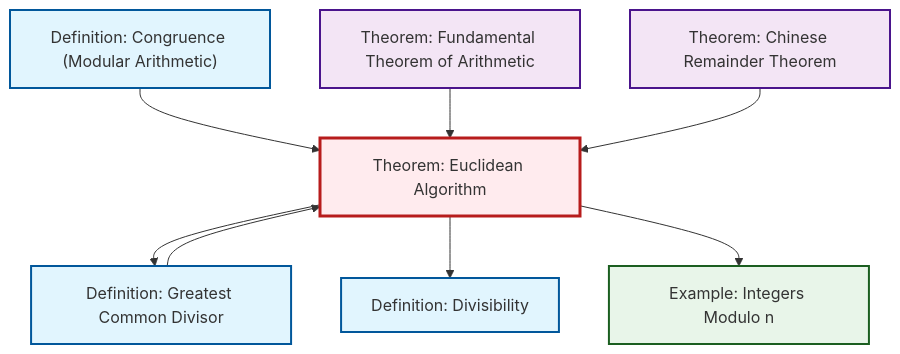
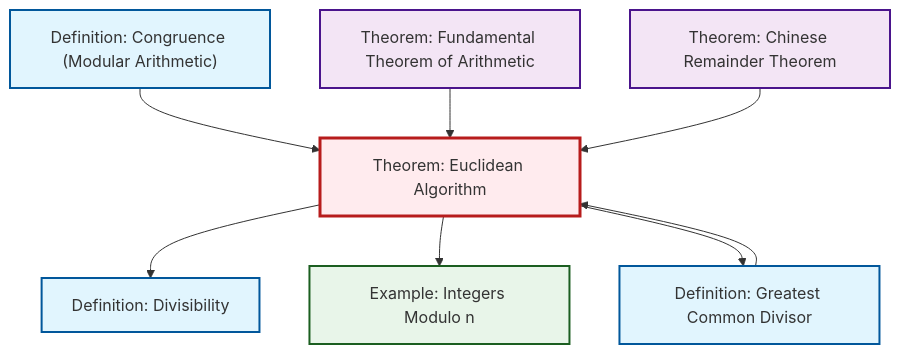
Before and after one commit to RK0429/ModernMath: the second of 2 diagrams in content/en/number-theory/thm-euclidean-algorithm.qmd, drawn with Mermaid. The commit also changed other lines of this file and 328 other files, not shown here.

````diff
--- a/content/en/number-theory/thm-euclidean-algorithm.qmd
+++ b/content/en/number-theory/thm-euclidean-algorithm.qmd
@@ -95,30 +95,30 @@
 ```{mermaid}
 %%| fig-cap: "Local dependency graph"
 graph TD
     classDef definition fill:#e1f5fe,stroke:#01579b,stroke-width:2px
     classDef theorem fill:#f3e5f5,stroke:#4a148c,stroke-width:2px
     classDef axiom fill:#fff3e0,stroke:#e65100,stroke-width:2px
     classDef example fill:#e8f5e9,stroke:#1b5e20,stroke-width:2px
     classDef current fill:#ffebee,stroke:#b71c1c,stroke-width:3px
+    thm-fundamental-arithmetic["Theorem: Fundamental Theorem of Arithmetic"]:::theorem
+    thm-chinese-remainder["Theorem: Chinese Remainder Theorem"]:::theorem
+    ex-quotient-integers-mod-n["Example: Integers Modulo n"]:::example
     thm-euclidean-algorithm["Theorem: Euclidean Algorithm"]:::theorem
-    thm-fundamental-arithmetic["Theorem: Fundamental Theorem of Arithmetic"]:::theorem
-    ex-quotient-integers-mod-n["Example: Integers Modulo n"]:::example
+    def-divisibility["Definition: Divisibility"]:::definition
     def-congruence["Definition: Congruence (Modular Arithmetic)"]:::definition
     def-gcd["Definition: Greatest Common Divisor"]:::definition
-    thm-chinese-remainder["Theorem: Chinese Remainder Theorem"]:::theorem
-    def-divisibility["Definition: Divisibility"]:::definition
-    thm-euclidean-algorithm --> def-gcd
-    thm-euclidean-algorithm --> def-divisibility
     def-congruence --> thm-euclidean-algorithm
     def-gcd --> thm-euclidean-algorithm
+    thm-euclidean-algorithm --> def-divisibility
+    thm-euclidean-algorithm --> ex-quotient-integers-mod-n
     thm-fundamental-arithmetic --> thm-euclidean-algorithm
+    thm-euclidean-algorithm --> def-gcd
     thm-chinese-remainder --> thm-euclidean-algorithm
-    thm-euclidean-algorithm --> ex-quotient-integers-mod-n
     class thm-euclidean-algorithm current
     click thm-fundamental-arithmetic "thm-fundamental-arithmetic.html" "Go to Fundamental Theorem of Arithmetic theorem"
+    click thm-chinese-remainder "thm-chinese-remainder.html" "Go to Chinese Remainder Theorem theorem"
     click ex-quotient-integers-mod-n "ex-quotient-integers-mod-n.html" "Go to Integers Modulo n example"
+    click def-divisibility "def-divisibility.html" "Go to Divisibility definition"
     click def-congruence "def-congruence.html" "Go to Congruence (Modular Arithmetic) definition"
     click def-gcd "def-gcd.html" "Go to Greatest Common Divisor definition"
-    click thm-chinese-remainder "thm-chinese-remainder.html" "Go to Chinese Remainder Theorem theorem"
-    click def-divisibility "def-divisibility.html" "Go to Divisibility definition"
 ```
````
